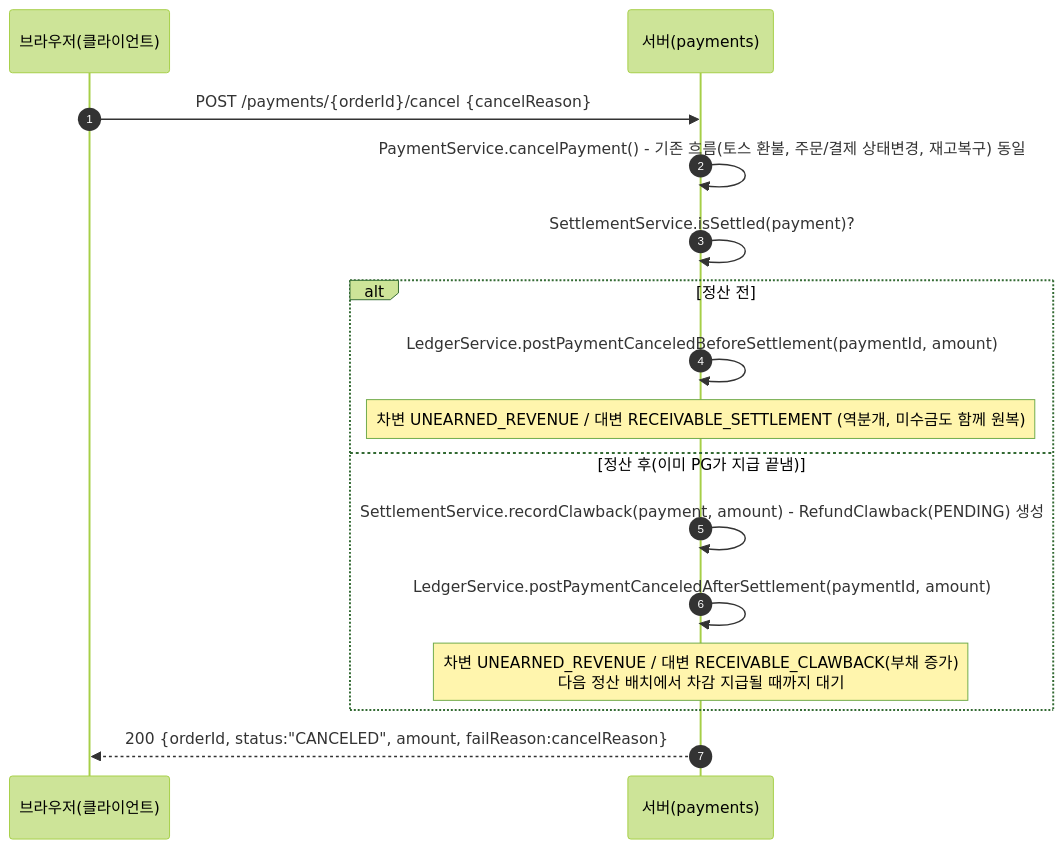
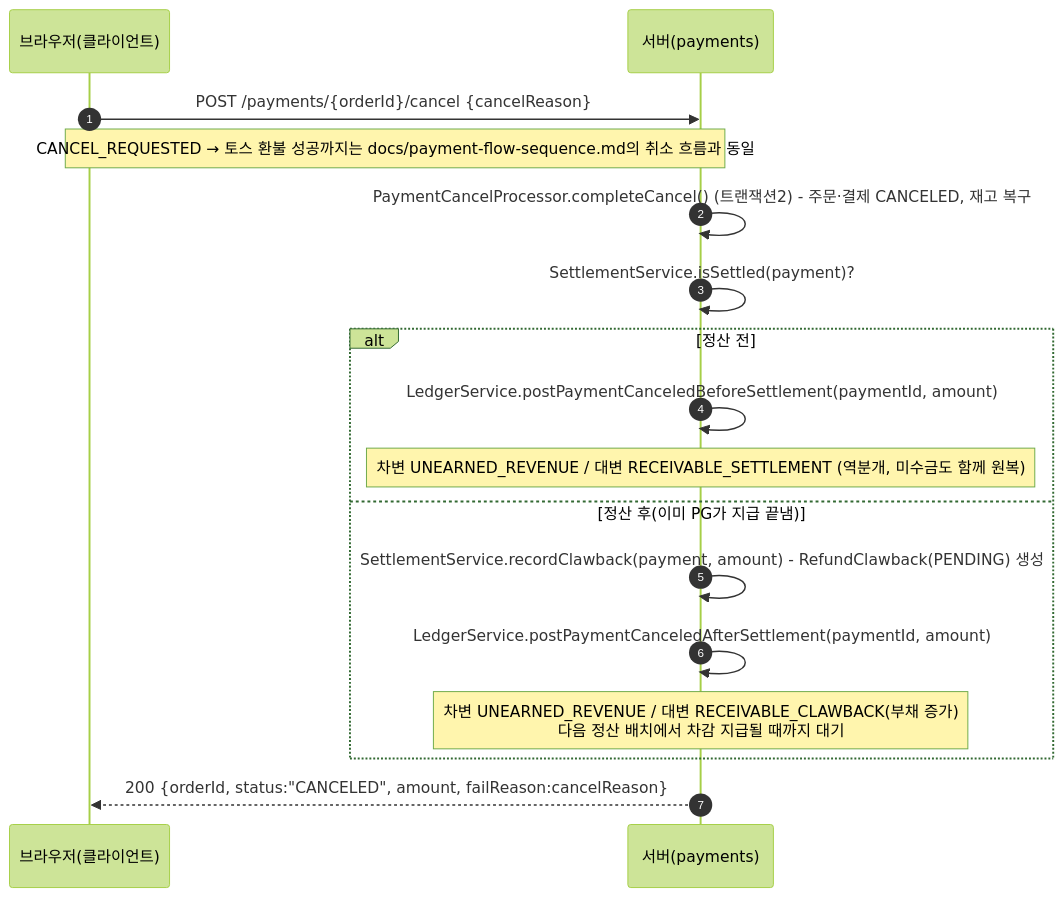
Before and after one commit to ms-ssam/payments: the fourth of 4 diagrams in docs/settlement-ledger-flow-sequence.md, drawn with Mermaid (forest theme). The commit also changed other lines of this file and 2 other files, not shown here.

Commit message:
문서: 흐름 문서와 README를 트랜잭션 분리·대사 배치 구현에 맞게 갱신

````diff
--- a/docs/settlement-ledger-flow-sequence.md
+++ b/docs/settlement-ledger-flow-sequence.md
@@ -71,21 +71,22 @@
 ```mermaid
 sequenceDiagram
     autonumber
     participant B as 브라우저(클라이언트)
     participant S as 서버(payments)
 
     B->>S: POST /payments/{orderId}/cancel {cancelReason}
-    S->>S: PaymentService.cancelPayment() - 기존 흐름(토스 환불, 주문/결제 상태변경, 재고복구) 동일
+    Note over B,S: CANCEL_REQUESTED → 토스 환불 성공까지는 docs/payment-flow-sequence.md의 취소 흐름과 동일
+    S->>S: PaymentCancelProcessor.completeCancel() (트랜잭션2) - 주문·결제 CANCELED, 재고 복구
     S->>S: SettlementService.isSettled(payment)?
 
     alt 정산 전
         S->>S: LedgerService.postPaymentCanceledBeforeSettlement(paymentId, amount)
         Note over S: 차변 UNEARNED_REVENUE / 대변 RECEIVABLE_SETTLEMENT (역분개, 미수금도 함께 원복)
     else 정산 후(이미 PG가 지급 끝냄)
         S->>S: SettlementService.recordClawback(payment, amount) - RefundClawback(PENDING) 생성
         S->>S: LedgerService.postPaymentCanceledAfterSettlement(paymentId, amount)
         Note over S: 차변 UNEARNED_REVENUE / 대변 RECEIVABLE_CLAWBACK(부채 증가)<br/>다음 정산 배치에서 차감 지급될 때까지 대기
     end
 
     S-->>B: 200 {orderId, status:"CANCELED", amount, failReason:cancelReason}
 ```
````
